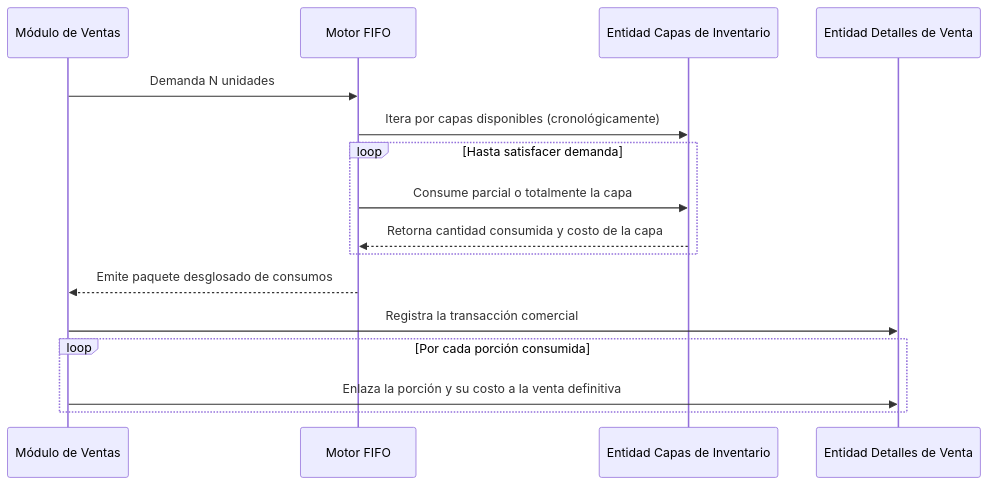
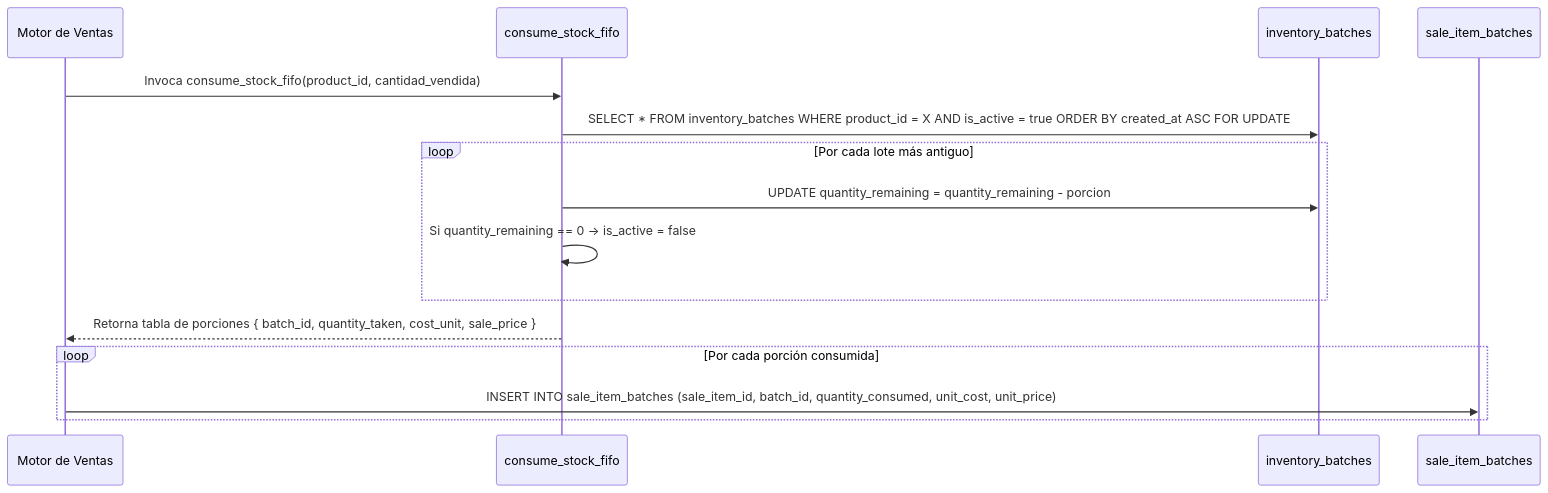
One commit to YamirJCF/tienda-barrio-pro changed the first of 3 diagrams in documentation/01_requirements/SDD/SDD_010_016_VALORACION_FIFO.md. Above: the diagram before and after it, drawn with Mermaid. The commit also changed other lines of this file and 5 other files, not shown here.

Commit message:
docs(sdd): alinear ola 2 (inventario, lotes y proveedores: SDD-006 padre/01-01/02/03, SDD-010, SDD-010-016)

````diff
--- a/documentation/01_requirements/SDD/SDD_010_016_VALORACION_FIFO.md
+++ b/documentation/01_requirements/SDD/SDD_010_016_VALORACION_FIFO.md
@@ -31,23 +61,18 @@
 ```mermaid
 sequenceDiagram
-    participant Orquestador as Módulo de Ventas
-    participant Motor as Motor FIFO
-    participant Lotes as Entidad Capas de Inventario
-    participant Venta as Entidad Detalles de Venta
-    
-    Orquestador->>Motor: Demanda N unidades
-    Motor->>Lotes: Itera por capas disponibles (cronológicamente)
-    
-    loop Hasta satisfacer demanda
-        Motor->>Lotes: Consume parcial o totalmente la capa
-        Lotes-->>Motor: Retorna cantidad consumida y costo de la capa
+    participant POS as Motor de Ventas
+    participant FIFO as consume_stock_fifo
+    participant B as inventory_batches
+    participant SIB as sale_item_batches
+
+    POS->>FIFO: Invoca consume_stock_fifo(product_id, cantidad_vendida)
+    FIFO->>B: SELECT * FROM inventory_batches WHERE product_id = X AND is_active = true ORDER BY created_at ASC FOR UPDATE
+    loop Por cada lote más antiguo
+        FIFO->>B: UPDATE quantity_remaining = quantity_remaining - porcion
+        FIFO->>FIFO: Si quantity_remaining == 0 -> is_active = false
     end
-    
-    Motor-->>Orquestador: Emite paquete desglosado de consumos
-    
-    Orquestador->>Venta: Registra la transacción comercial
-    
+    FIFO-->>POS: Retorna tabla de porciones { batch_id, quantity_taken, cost_unit, sale_price }
     loop Por cada porción consumida
-        Orquestador->>Venta: Enlaza la porción y su costo a la venta definitiva
+        POS->>SIB: INSERT INTO sale_item_batches (sale_item_id, batch_id, quantity_consumed, unit_cost, unit_price)
     end
 ```
````
